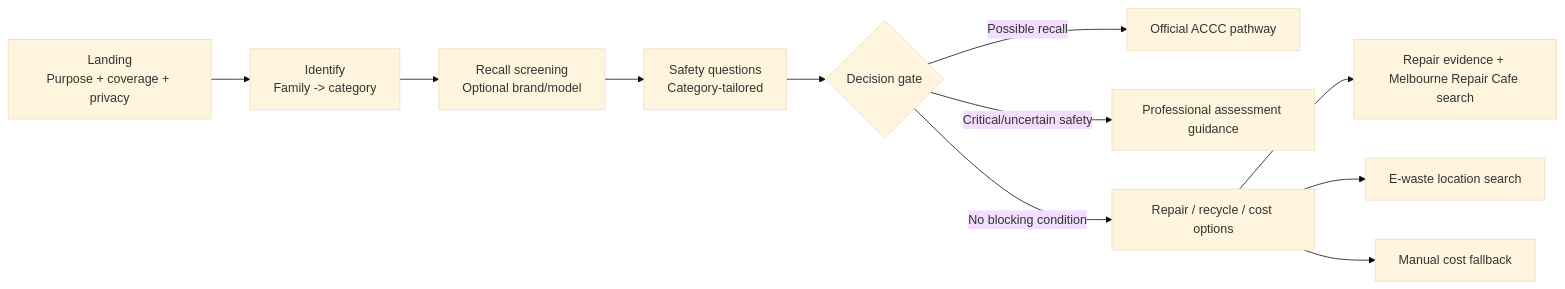
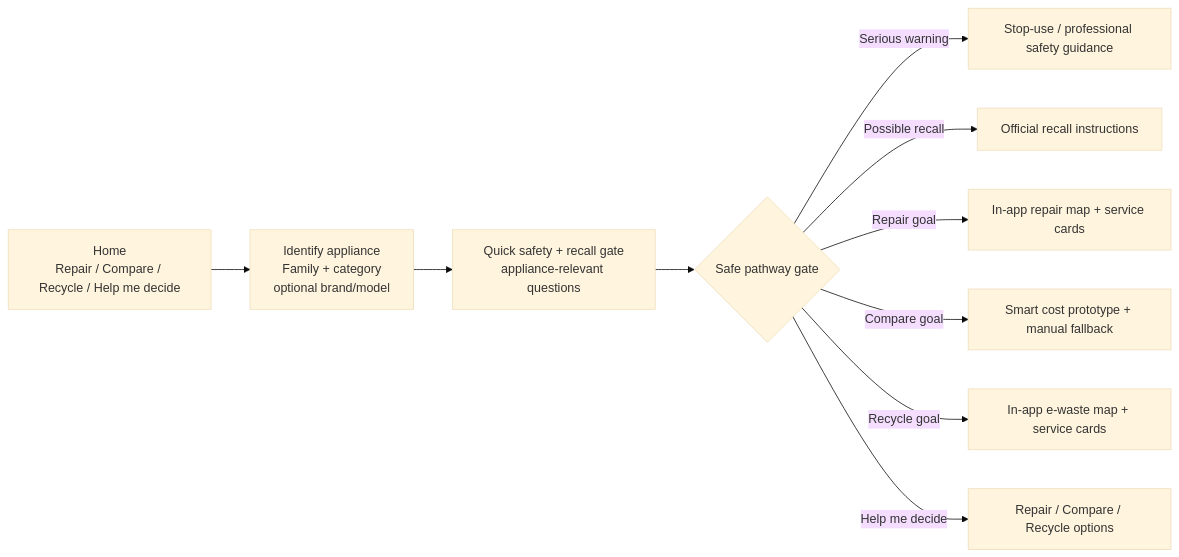
The first of 2 diagrams in docs/ARCHITECTURE_I1_REDESIGN.md (dilan-monash/fix-forward), drawn with Mermaid (base theme) before and after one commit. The commit also changed other lines of this file and 31 other files, not shown here.

Commit message:
Prototype goal-first FixForward user experience

````diff
--- a/docs/ARCHITECTURE_I1_REDESIGN.md
+++ b/docs/ARCHITECTURE_I1_REDESIGN.md
@@ -5,13 +5,12 @@
 ```mermaid
 flowchart LR
-    A[Landing\nPurpose + coverage + privacy] --> B[Identify\nFamily -> category]
-    B --> C[Recall screening\nOptional brand/model]
-    C --> D[Safety questions\nCategory-tailored]
-    D --> E{Decision gate}
-    E -->|Possible recall| F[Official ACCC pathway]
-    E -->|Critical/uncertain safety| G[Professional assessment guidance]
-    E -->|No blocking condition| H[Repair / recycle / cost options]
-    H --> I[Repair evidence + Melbourne Repair Cafe search]
-    H --> J[E-waste location search]
-    H --> K[Manual cost fallback]
+    H[Home\nRepair / Compare / Recycle / Help me decide] --> I[Identify appliance\nFamily + category\noptional brand/model]
+    I --> Q[Quick safety + recall gate\nappliance-relevant questions]
+    Q --> D{Safe pathway gate}
+    D -->|Serious warning| S[Stop-use / professional safety guidance]
+    D -->|Possible recall| R[Official recall instructions]
+    D -->|Repair goal| M[In-app repair map + service cards]
+    D -->|Compare goal| C[Smart cost prototype + manual fallback]
+    D -->|Recycle goal| W[In-app e-waste map + service cards]
+    D -->|Help me decide| O[Repair / Compare / Recycle options]
 ```
````
